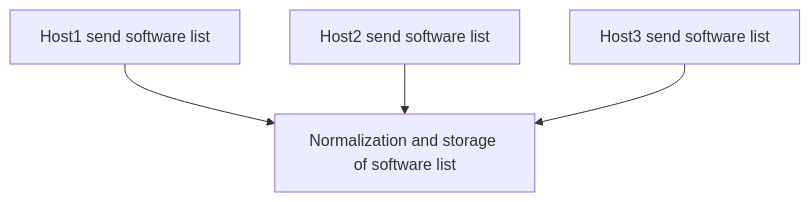
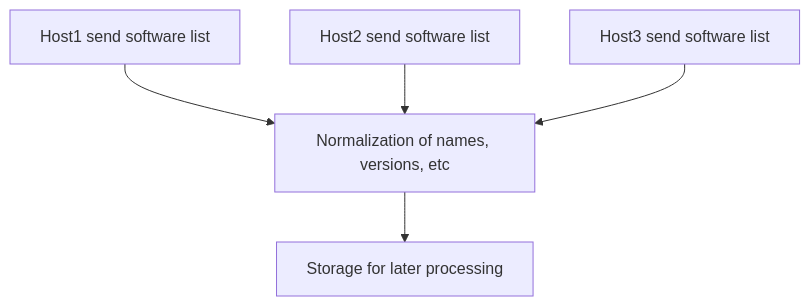
One commit to fleetdm/fleet changed the first of 2 diagrams in docs/01-Using-Fleet/13-Vulnerability-Processing.md. Above: the diagram before and after it, drawn with Mermaid.

Commit message:
Improve collection diagram

````diff
--- a/docs/01-Using-Fleet/13-Vulnerability-Processing.md
+++ b/docs/01-Using-Fleet/13-Vulnerability-Processing.md
@@ -98,6 +98,7 @@
 ```mermaid
 graph TD;
-    A[Host1 send software list]-->D[Normalization and storage of software list]
+    A[Host1 send software list]-->D[Normalization of names, versions, etc]
     B[Host2 send software list]-->D
     C[Host3 send software list]-->D
+    D-->E[Storage for later processing]
 ```
````
